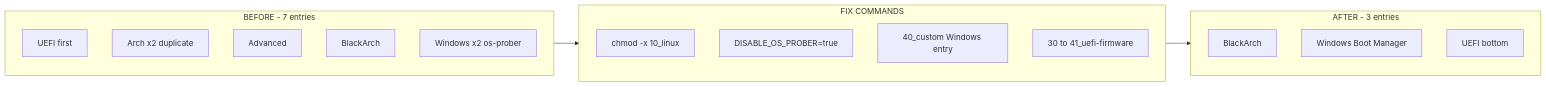
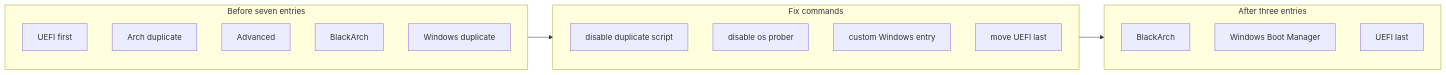
Before and after one commit to 444Nazky/My-Vault: the seventh of 32 diagrams in Graph-Web-Atlas.md, drawn with Mermaid. The commit also changed other lines of this file and 8 other files, not shown here.

````diff
--- a/Graph-Web-Atlas.md
+++ b/Graph-Web-Atlas.md
@@ -99,22 +127,23 @@
 ```mermaid
 graph LR
-    subgraph BEFORE["BEFORE - 7 entries"]
-        A1[UEFI first]
-        A2[Arch x2 duplicate]
-        A3[Advanced]
-        A4[BlackArch]
-        A5[Windows x2 os-prober]
+    subgraph BEFORE["Before seven entries"]
+        A1["UEFI first"]
+        A2["Arch duplicate"]
+        A3["Advanced"]
+        A4["BlackArch"]
+        A5["Windows duplicate"]
     end
-    subgraph FIX["FIX COMMANDS"]
-        F1[chmod -x 10_linux]
-        F2[DISABLE_OS_PROBER=true]
-        F3[40_custom Windows entry]
-        F4[30 to 41_uefi-firmware]
+    subgraph FIXG["Fix commands"]
+        F1["disable duplicate script"]
+        F2["disable os prober"]
+        F3["custom Windows entry"]
+        F4["move UEFI last"]
     end
-    subgraph AFTER["AFTER - 3 entries"]
-        B1[BlackArch]
-        B2[Windows Boot Manager]
-        B3[UEFI bottom]
+    subgraph AFTER["After three entries"]
+        B1["BlackArch"]
+        B2["Windows Boot Manager"]
+        B3["UEFI last"]
     end
-    BEFORE --> FIX --> AFTER
+    BEFORE --> FIXG
+    FIXG --> AFTER
 ```
````
